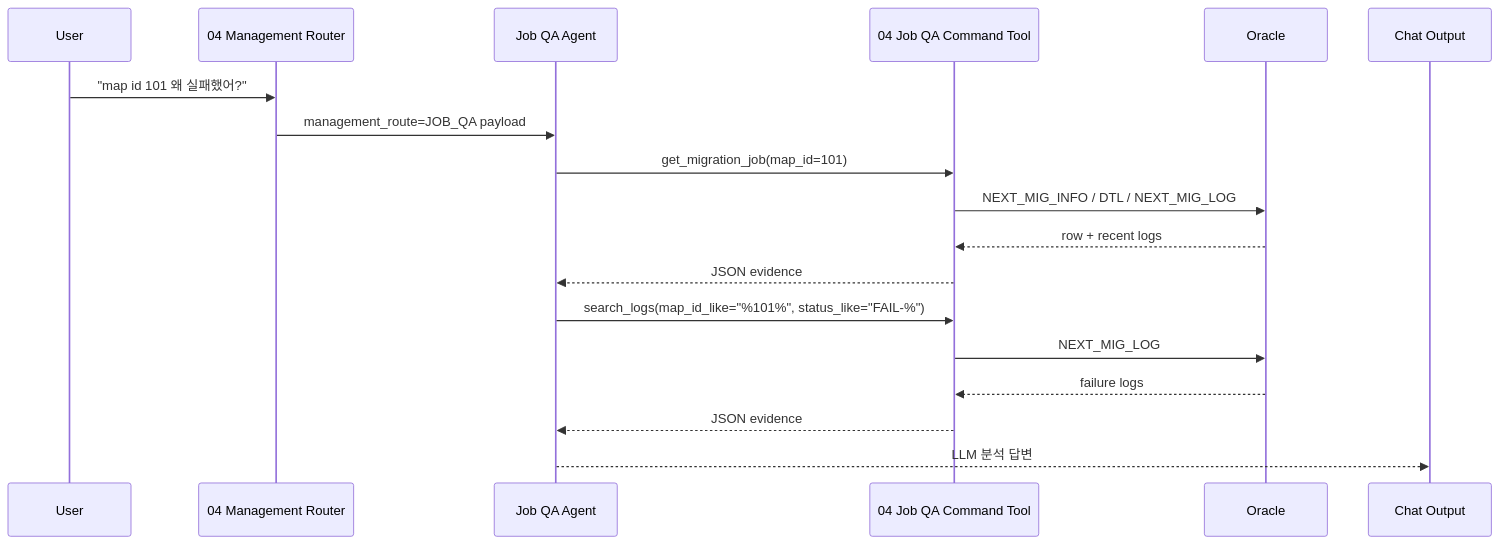
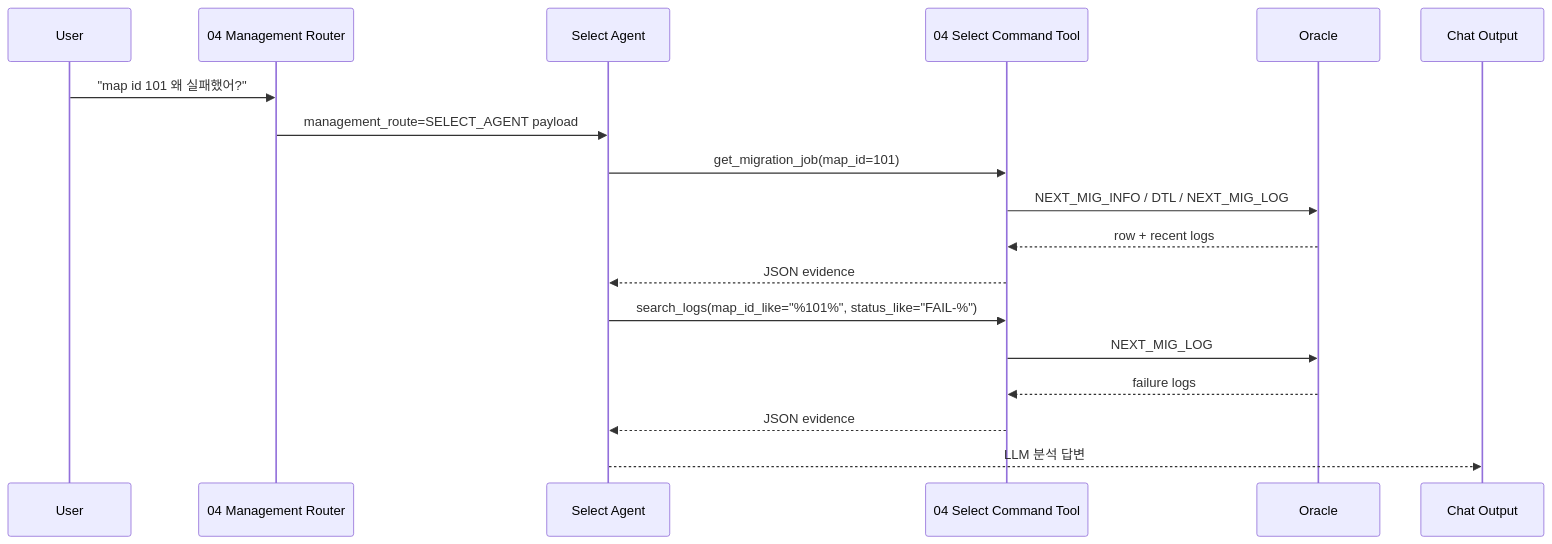
The fifth of 5 diagrams in smartMigrate_2.0_Langflow/00_guide/00_architecture_chapter2_chat_management.md (seongikjin227-jpg/refactoring_smartMigrate), drawn with Mermaid before and after one commit. The commit also changed other lines of this file and 14 other files, not shown here.

````diff
--- a/smartMigrate_2.0_Langflow/00_guide/00_architecture_chapter2_chat_management.md
+++ b/smartMigrate_2.0_Langflow/00_guide/00_architecture_chapter2_chat_management.md
@@ -116,21 +116,21 @@
 ```mermaid
 sequenceDiagram
     participant User
     participant R04 as 04 Management Router
-    participant Agent as Job QA Agent
-    participant Tool as 04 Job QA Command Tool
+    participant Agent as Select Agent
+    participant Tool as 04 Select Command Tool
     participant DB as Oracle
     participant Out as Chat Output
 
     User->>R04: "map id 101 왜 실패했어?"
-    R04->>Agent: management_route=JOB_QA payload
+    R04->>Agent: management_route=SELECT_AGENT payload
     Agent->>Tool: get_migration_job(map_id=101)
     Tool->>DB: NEXT_MIG_INFO / DTL / NEXT_MIG_LOG
     DB-->>Tool: row + recent logs
     Tool-->>Agent: JSON evidence
     Agent->>Tool: search_logs(map_id_like="%101%", status_like="FAIL-%")
     Tool->>DB: NEXT_MIG_LOG
     DB-->>Tool: failure logs
     Tool-->>Agent: JSON evidence
     Agent-->>Out: LLM 분석 답변
 ```
````
